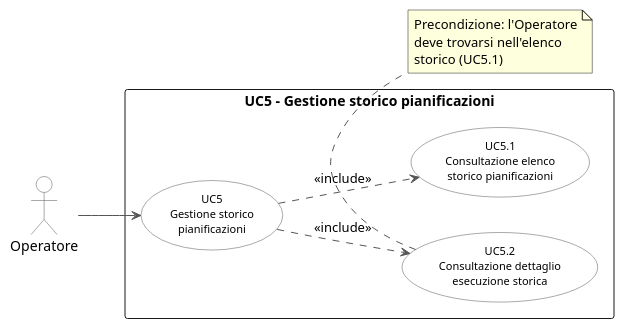
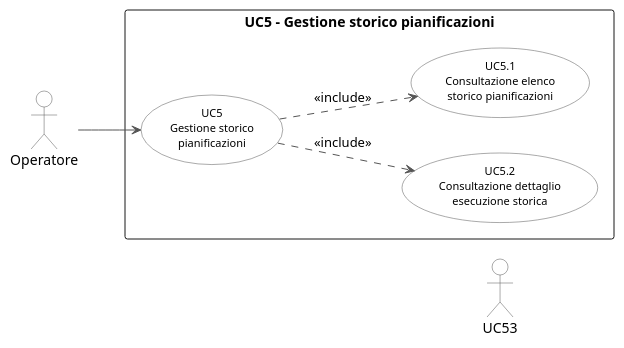
One commit to Faverooo/Tesi-MarcoFavero changed the diagram in plantuml/usecase/uc5.puml. Above: the diagram before and after it, drawn with PlantUML. The commit also changed 13 other files, not shown here.

```diff
--- a/plantuml/usecase/uc5.puml
+++ b/plantuml/usecase/uc5.puml
@@ -1,32 +1,28 @@
 @startuml uc5
 left to right direction
 skinparam backgroundColor white
 skinparam usecase {
     BackgroundColor White
     BorderColor #555555
     ArrowColor #555555
     FontSize 11
 }
 skinparam actor {
     BackgroundColor White
     BorderColor #555555
 }
 
 actor "Operatore" as op
 
 rectangle "UC5 - Gestione storico pianificazioni" {
     (UC5\nGestione storico\npianificazioni) as UC5
     (UC5.1\nConsultazione elenco\nstorico pianificazioni) as UC51
     (UC5.2\nConsultazione dettaglio\nesecuzione storica) as UC52
 }
 
 op --> UC5
 UC5 ..> UC51 : <<include>>
 UC5 ..> UC52 : <<include>>
-
-note bottom of UC52
-  Precondizione: l'Operatore
-  deve trovarsi nell'elenco
-  storico (UC5.1)
-end note
+    UC51 -[hidden]left-> UC52
+    UC52 -[hidden]left-> UC53
 @enduml
```
